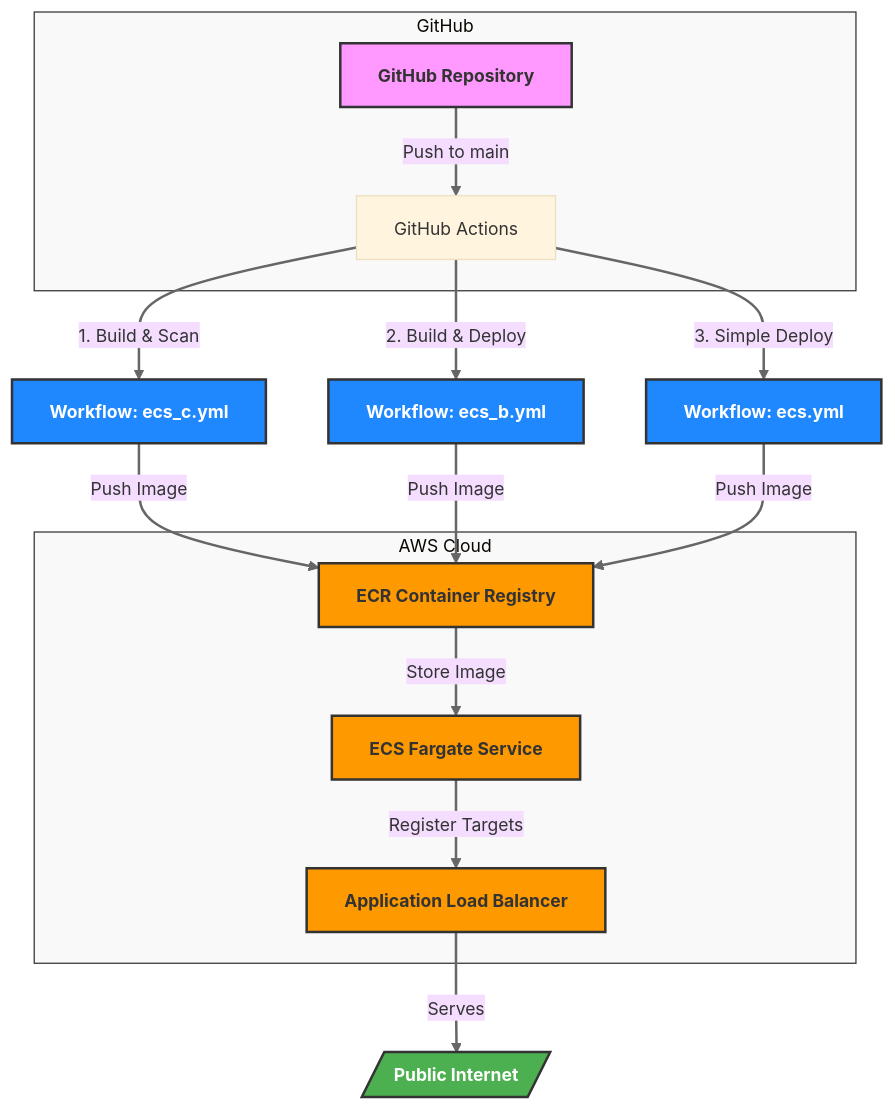
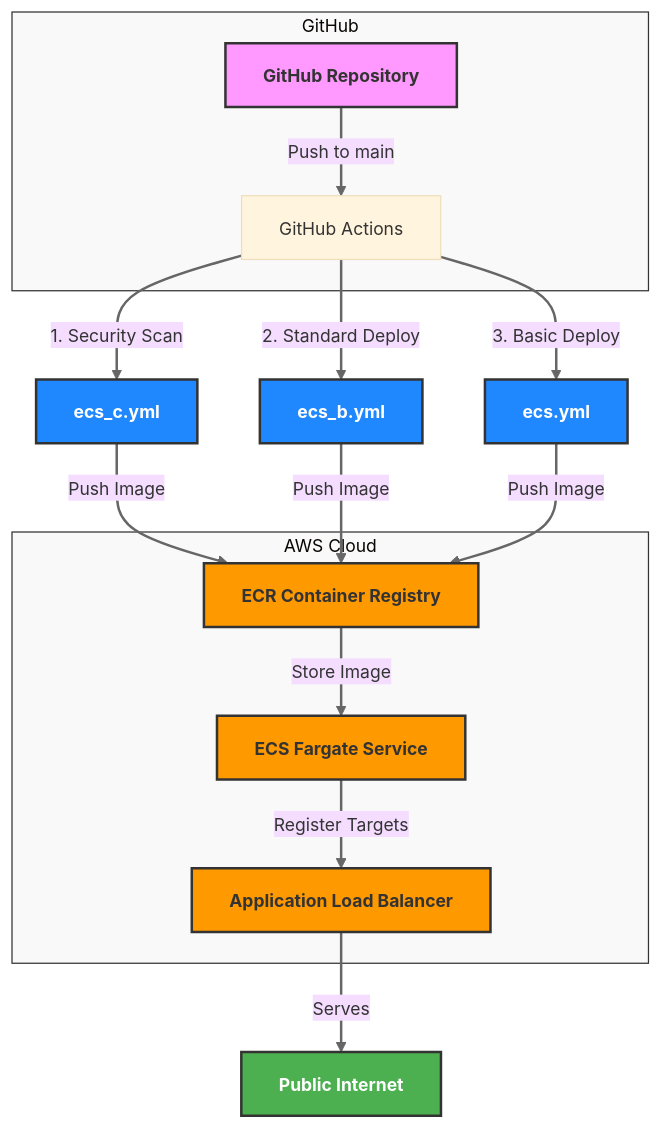
Before and after one commit to matthewntsiful/aws-ecs-deployment: the diagram in README.md, drawn with Mermaid.

````diff
--- a/README.md
+++ b/README.md
@@ -39,42 +39,42 @@
 ```mermaid
 %%{init: {'theme': 'base', 'themeVariables': { 'fontSize': '14px', 'fontFamily': 'Arial' }}}%%
 flowchart TD
     subgraph GitHub[GitHub]
         A[GitHub Repository] -->|Push to main| B[GitHub Actions]
     end
 
     subgraph AWS[AWS Cloud]
         C[ECR Container Registry]
         D[ECS Fargate Service]
         E[Application Load Balancer]
         
         C -->|Store Image| D
         D -->|Register Targets| E
     end
     
-    B -->|1. Build & Scan| B1[Workflow: ecs_c.yml]
-    B -->|2. Build & Deploy| B2[Workflow: ecs_b.yml]
-    B -->|3. Simple Deploy| B3[Workflow: ecs.yml]
+    B -->|1. Security Scan| B1[ecs_c.yml]
+    B -->|2. Standard Deploy| B2[ecs_b.yml]
+    B -->|3. Basic Deploy| B3[ecs.yml]
     
     B1 -->|Push Image| C
     B2 -->|Push Image| C
     B3 -->|Push Image| C
     
-    E -->|Serves| F[/Public Internet/]
+    E -->|Serves| F[Public Internet]
     
     %% Styling
     classDef github fill:#f9f,stroke:#333,stroke-width:2px,font-weight:bold
     classDef workflow fill:#2088FF,stroke:#333,stroke-width:2px,color:white,font-weight:bold
     classDef aws fill:#FF9900,stroke:#333,stroke-width:2px,font-weight:bold
     classDef internet fill:#4CAF50,stroke:#333,stroke-width:2px,color:white,font-weight:bold
     
     class A github
     class B1,B2,B3 workflow
     class C,D,E aws
     class F internet
     
-    %% Make the diagram wider
+    %% Styling
     linkStyle default stroke:#666,stroke-width:2px
     style AWS fill:#f9f9f9,stroke:#333,stroke-width:1px
     style GitHub fill:#f9f9f9,stroke:#333,stroke-width:1px
 ```
````
